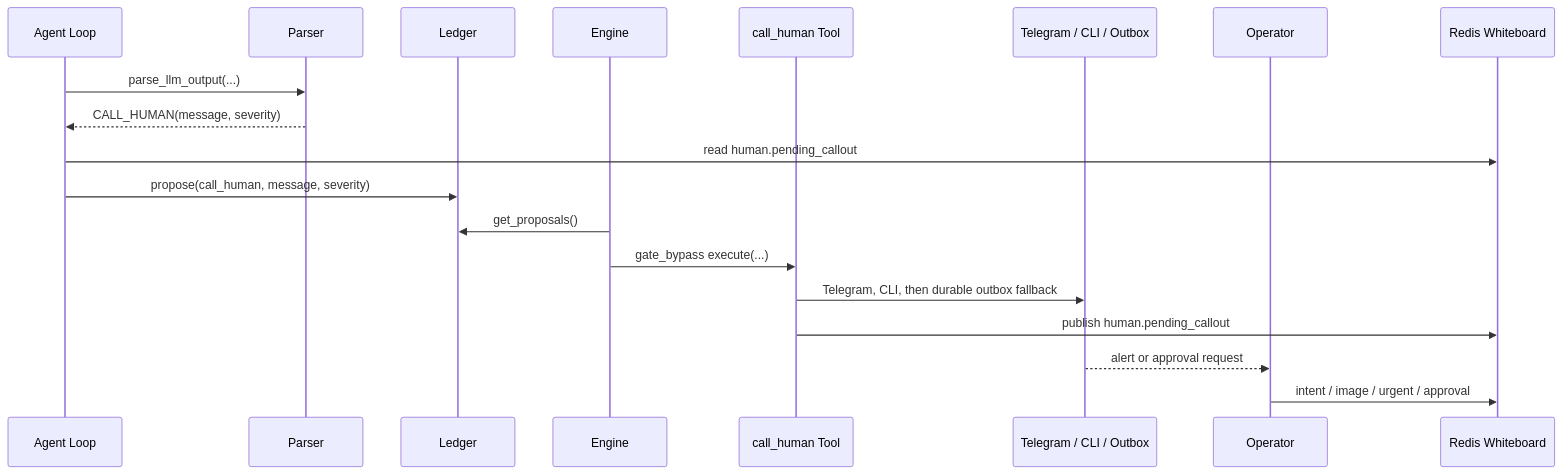
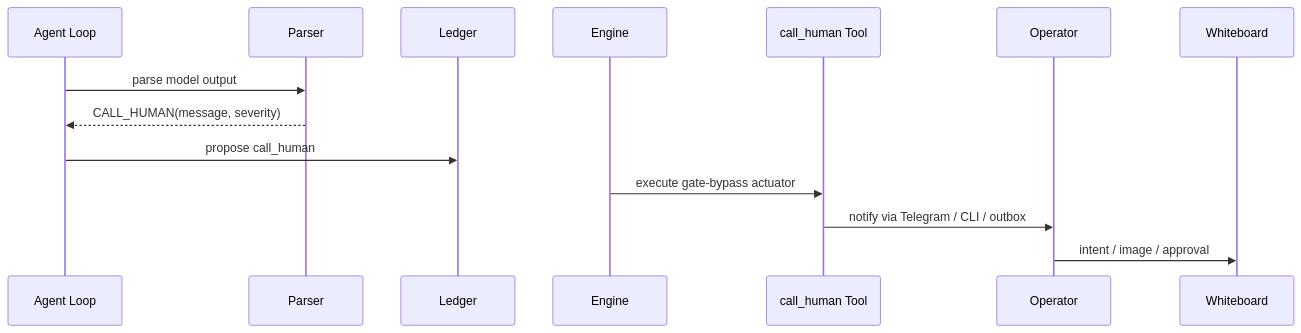
Before and after one commit to anieyrudh/Wallee: the fifth of 7 diagrams in ARCHITECTURE.md, drawn with Mermaid. The commit also changed other lines of this file and 23 other files, not shown here.

````diff
--- a/ARCHITECTURE.md
+++ b/ARCHITECTURE.md
@@ -161,22 +311,35 @@
 ```mermaid
+%%{init: {'theme':'base','themeVariables': {
+  'actorBkg':'#ffffff',
+  'actorBorder':'#2563eb',
+  'actorTextColor':'#0f172a',
+  'actorLineColor':'#475569',
+  'signalColor':'#475569',
+  'signalTextColor':'#0f172a',
+  'labelBoxBkgColor':'#e0f2fe',
+  'labelBoxBorderColor':'#0891b2',
+  'labelTextColor':'#164e63',
+  'loopTextColor':'#0f172a',
+  'noteBkgColor':'#fef3c7',
+  'noteBorderColor':'#d97706',
+  'noteTextColor':'#78350f',
+  'activationBkgColor':'#dbeafe',
+  'activationBorderColor':'#2563eb',
+  'sequenceNumberColor':'#0f172a'
+}}%%
 sequenceDiagram
     participant Agent as Agent Loop
     participant Parser as Parser
     participant Ledger as Ledger
     participant Engine as Engine
     participant Tool as call_human Tool
-    participant Notify as Telegram / CLI / Outbox
     participant Human as Operator
-    participant WB as Redis Whiteboard
+    participant WB as Whiteboard
 
-    Agent->>Parser: parse_llm_output(...)
+    Agent->>Parser: parse model output
     Parser-->>Agent: CALL_HUMAN(message, severity)
-    Agent->>WB: read human.pending_callout
-    Agent->>Ledger: propose(call_human, message, severity)
-    Engine->>Ledger: get_proposals()
-    Engine->>Tool: gate_bypass execute(...)
-    Tool->>Notify: Telegram, CLI, then durable outbox fallback
-    Tool->>WB: publish human.pending_callout
-    Notify-->>Human: alert or approval request
-    Human->>WB: intent / image / urgent / approval
+    Agent->>Ledger: propose call_human
+    Engine->>Tool: execute gate-bypass actuator
+    Tool->>Human: notify via Telegram / CLI / outbox
+    Human->>WB: intent / image / approval
 ```
````
